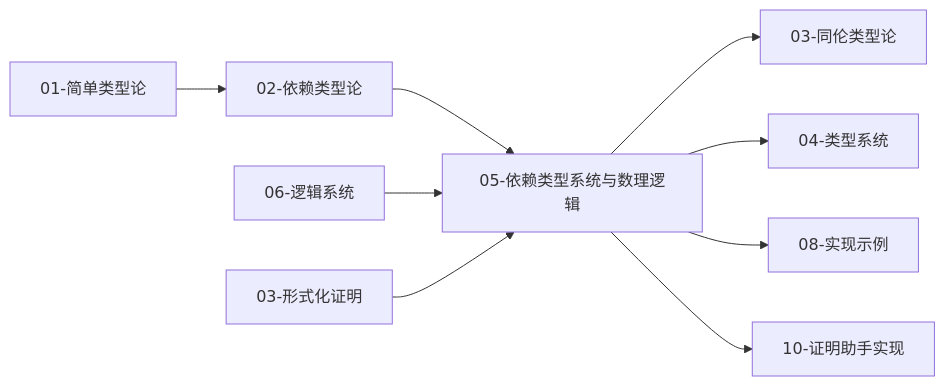
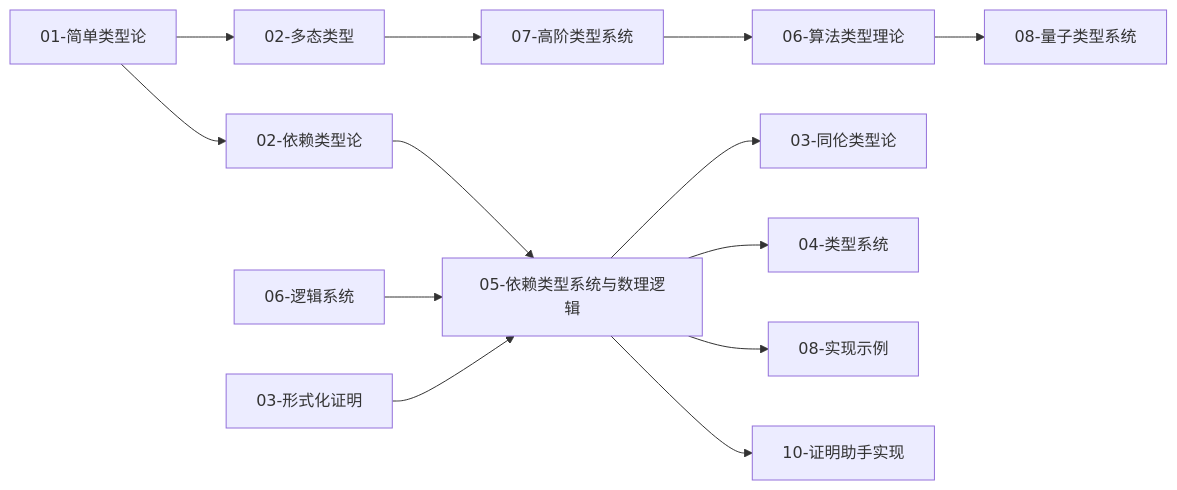
One commit to AdaMartin18010/FormalAlgorithm changed the fourth of 4 diagrams in docs/05-类型理论/类型理论模块知识图谱.md. Above: the diagram before and after it, drawn with Mermaid. The commit also changed other lines of this file and 481 other files, not shown here.

````diff
--- a/docs/05-类型理论/类型理论模块知识图谱.md
+++ b/docs/05-类型理论/类型理论模块知识图谱.md
@@ -147,13 +177,17 @@
 ```mermaid
 graph LR
-    A[01-简单类型论] --> B[02-依赖类型论]
-    B --> C[05-依赖类型系统与数理逻辑]
-    C --> D[03-同伦类型论]
-    C --> E[04-类型系统]
+    A[01-简单类型论] --> B[02-多态类型]
+    A --> C[02-依赖类型论]
+    B --> D[07-高阶类型系统]
+    C --> E[05-依赖类型系统与数理逻辑]
+    D --> F[06-算法类型理论]
+    E --> G[03-同伦类型论]
+    E --> H[04-类型系统]
+    F --> I[08-量子类型系统]
 
-    F[06-逻辑系统] --> C
-    G[03-形式化证明] --> C
+    J[06-逻辑系统] --> E
+    K[03-形式化证明] --> E
 
-    C --> H[08-实现示例]
-    C --> I[10-证明助手实现]
+    E --> L[08-实现示例]
+    E --> M[10-证明助手实现]
 ```
````
